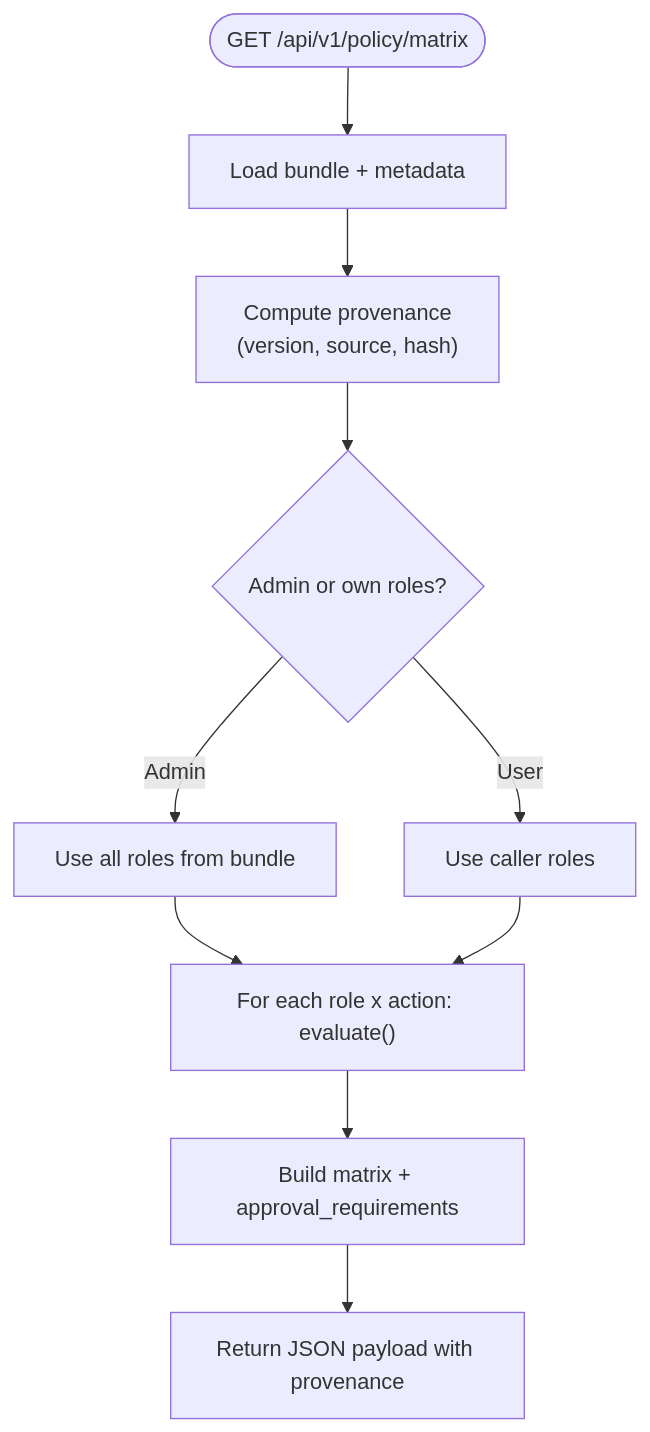
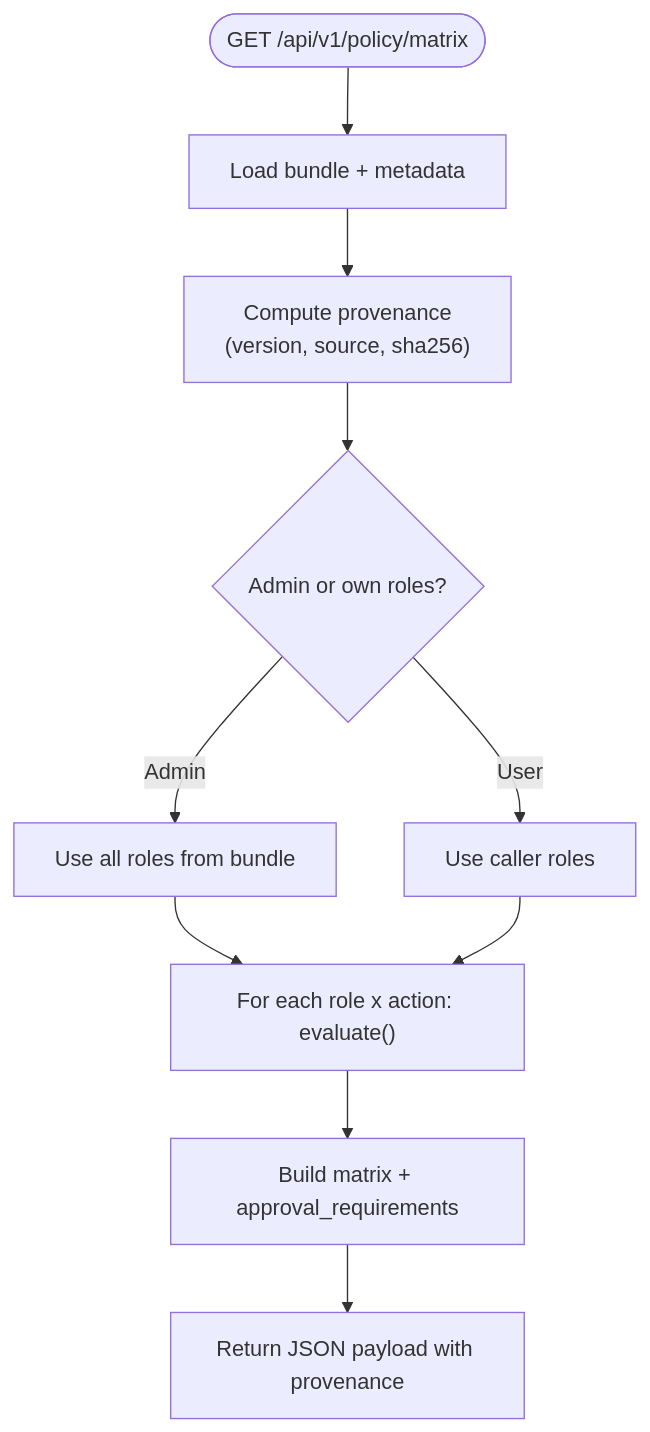
Before and after one commit to metasync/luban-aiops: the fourth of 7 diagrams in .qoder/repowiki/en/content/Policy Management/Policy Rollout Controls Spike.md, drawn with Mermaid. The commit also changed other lines of this file and 35 other files, not shown here.

````diff
--- a/.qoder/repowiki/en/content/Policy Management/Policy Rollout Controls Spike.md
+++ b/.qoder/repowiki/en/content/Policy Management/Policy Rollout Controls Spike.md
@@ -220,12 +223,12 @@
 ```mermaid
 flowchart TD
 Start(["GET /api/v1/policy/matrix"]) --> Load["Load bundle + metadata"]
-Load --> Prov["Compute provenance<br/>(version, source, hash)"]
+Load --> Prov["Compute provenance<br/>(version, source, sha256)"]
 Prov --> Roles{"Admin or own roles?"}
 Roles --> |Admin| Full["Use all roles from bundle"]
 Roles --> |User| Own["Use caller roles"]
 Full --> Eval["For each role x action: evaluate()"]
 Own --> Eval
 Eval --> Build["Build matrix + approval_requirements"]
 Build --> Return["Return JSON payload with provenance"]
 ```
````
